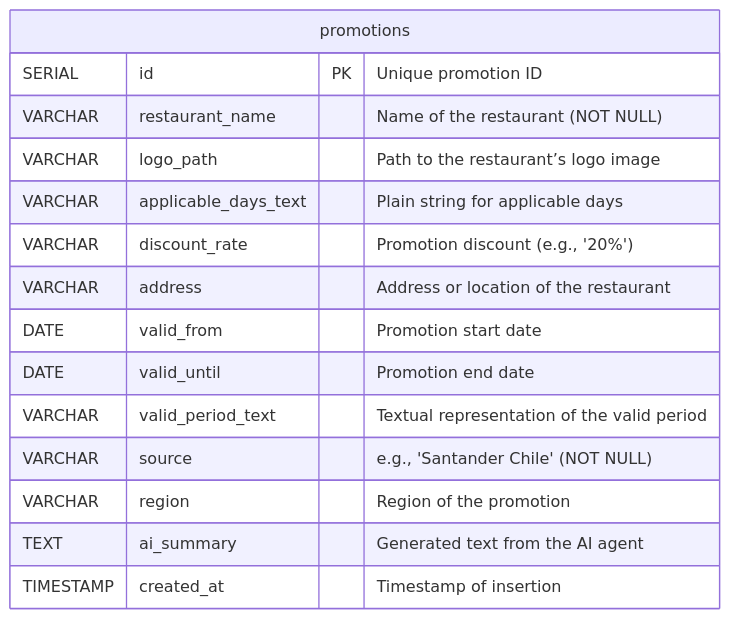
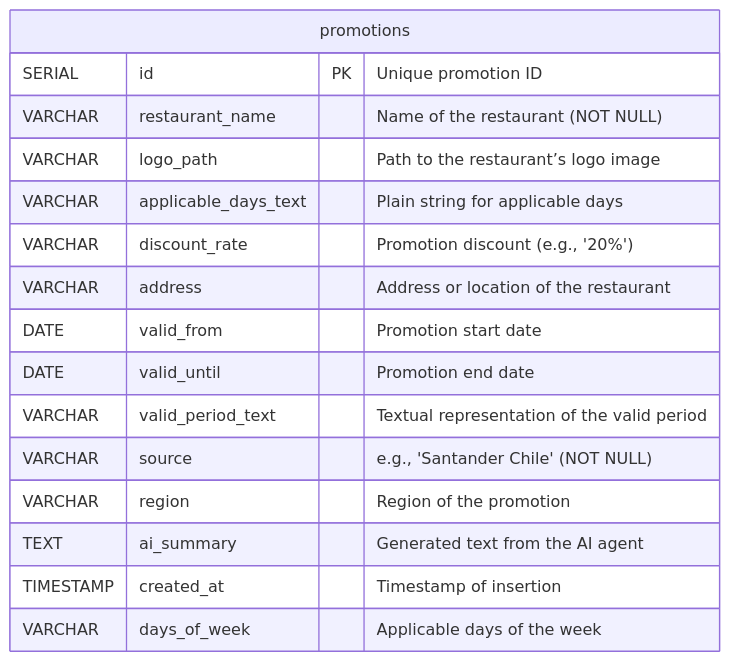
One commit to rafajdm/ai4devs-final changed the diagram in docs/product-overview.md. Above: the diagram before and after it, drawn with Mermaid. The commit also changed other lines of this file and 1 other file, not shown here.

Commit message:
Add comprehensive project documentation in README.md, detailing project overview, architecture, API specifications, user stories, and installation instructions.

````diff
--- a/docs/product-overview.md
+++ b/docs/product-overview.md
@@ -122,18 +137,19 @@
 ```mermaid
 erDiagram
     promotions {
         SERIAL id PK "Unique promotion ID"
         VARCHAR restaurant_name "Name of the restaurant (NOT NULL)"
         VARCHAR logo_path "Path to the restaurant’s logo image"
         VARCHAR applicable_days_text "Plain string for applicable days"
         VARCHAR discount_rate "Promotion discount (e.g., '20%')"
         VARCHAR address "Address or location of the restaurant"
         DATE valid_from "Promotion start date"
         DATE valid_until "Promotion end date"
         VARCHAR valid_period_text "Textual representation of the valid period"
         VARCHAR source "e.g., 'Santander Chile' (NOT NULL)"
         VARCHAR region "Region of the promotion"
         TEXT ai_summary "Generated text from the AI agent"
         TIMESTAMP created_at "Timestamp of insertion"
+        VARCHAR days_of_week "Applicable days of the week"
     }
 ```
````
